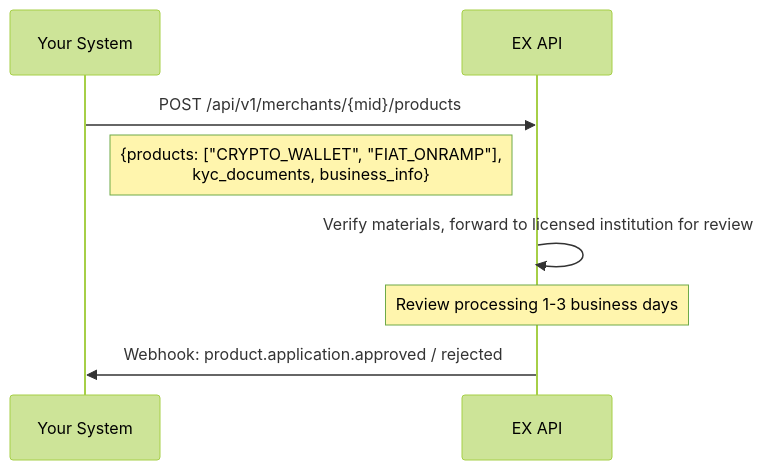
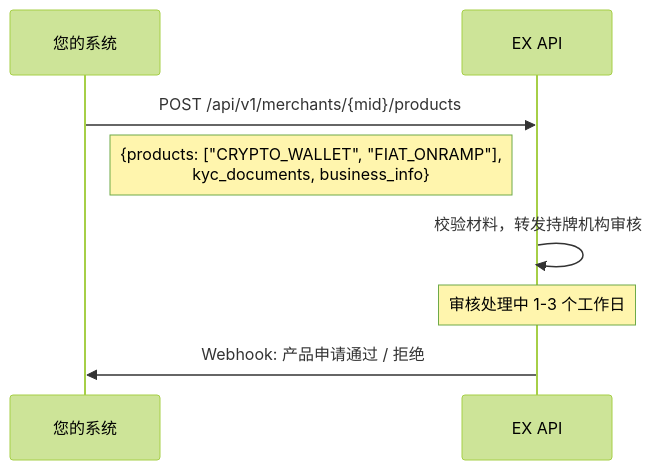
Before and after one commit to xiaoxiaoangie/EX-NEW: the fifth of 16 diagrams in Solutions/solutions/crypto-solutions-cn.md, drawn with Mermaid (forest theme). The commit also changed other lines of this file and 36 other files, not shown here.

````diff
--- a/Solutions/solutions/crypto-solutions-cn.md
+++ b/Solutions/solutions/crypto-solutions-cn.md
@@ -229,11 +229,11 @@
 ```mermaid
 sequenceDiagram
-    participant You as Your System
+    participant You as 您的系统
     participant EX as EX API
 
     You->>EX: POST /api/v1/merchants/{mid}/products
     Note right of You: {products: ["CRYPTO_WALLET", "FIAT_ONRAMP"],<br/>kyc_documents, business_info}
-    EX->>EX: Verify materials, forward to licensed institution for review
-    Note over EX: Review processing 1-3 business days
-    EX->>You: Webhook: product.application.approved / rejected
+    EX->>EX: 校验材料，转发持牌机构审核
+    Note over EX: 审核处理中 1-3 个工作日
+    EX->>You: Webhook: 产品申请通过 / 拒绝
 ```
````
